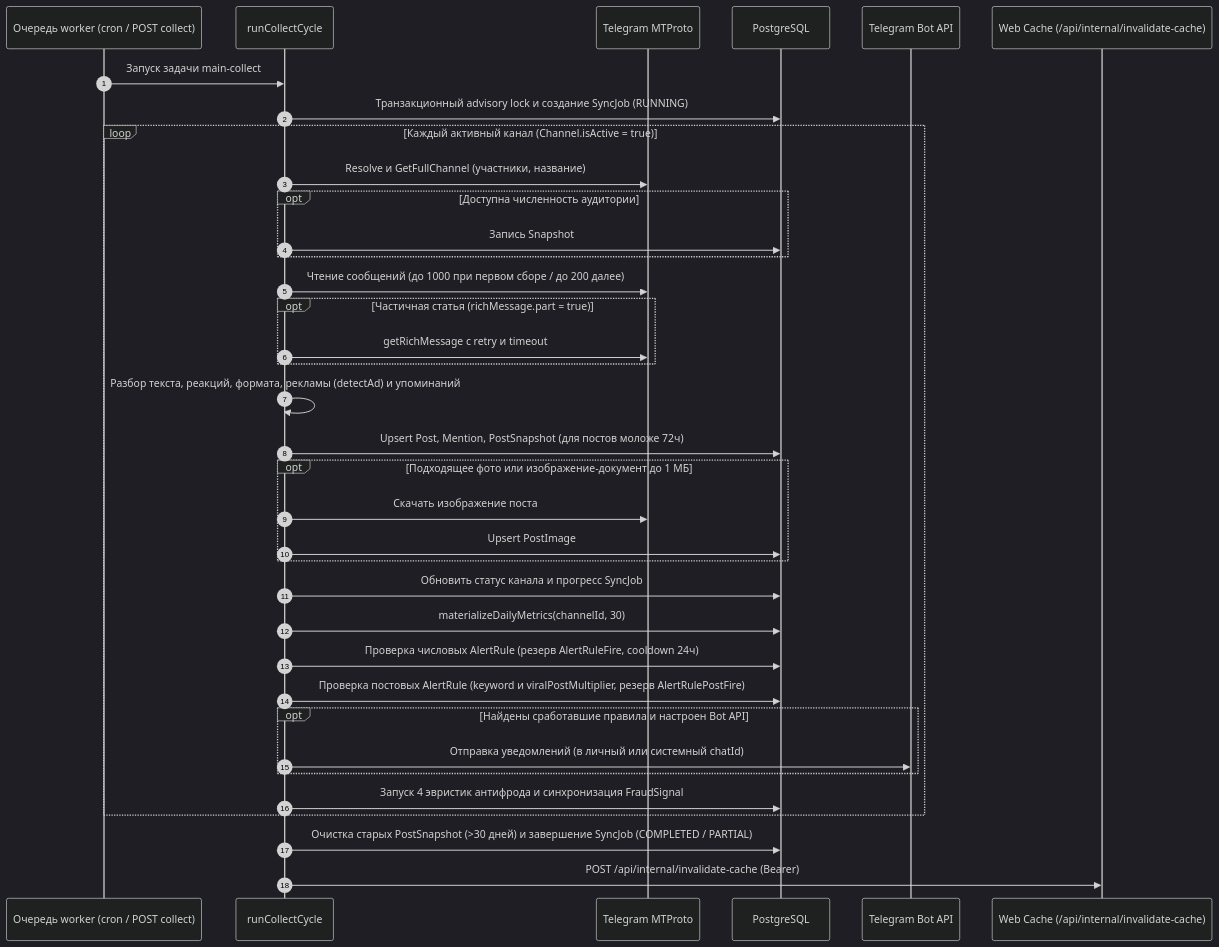
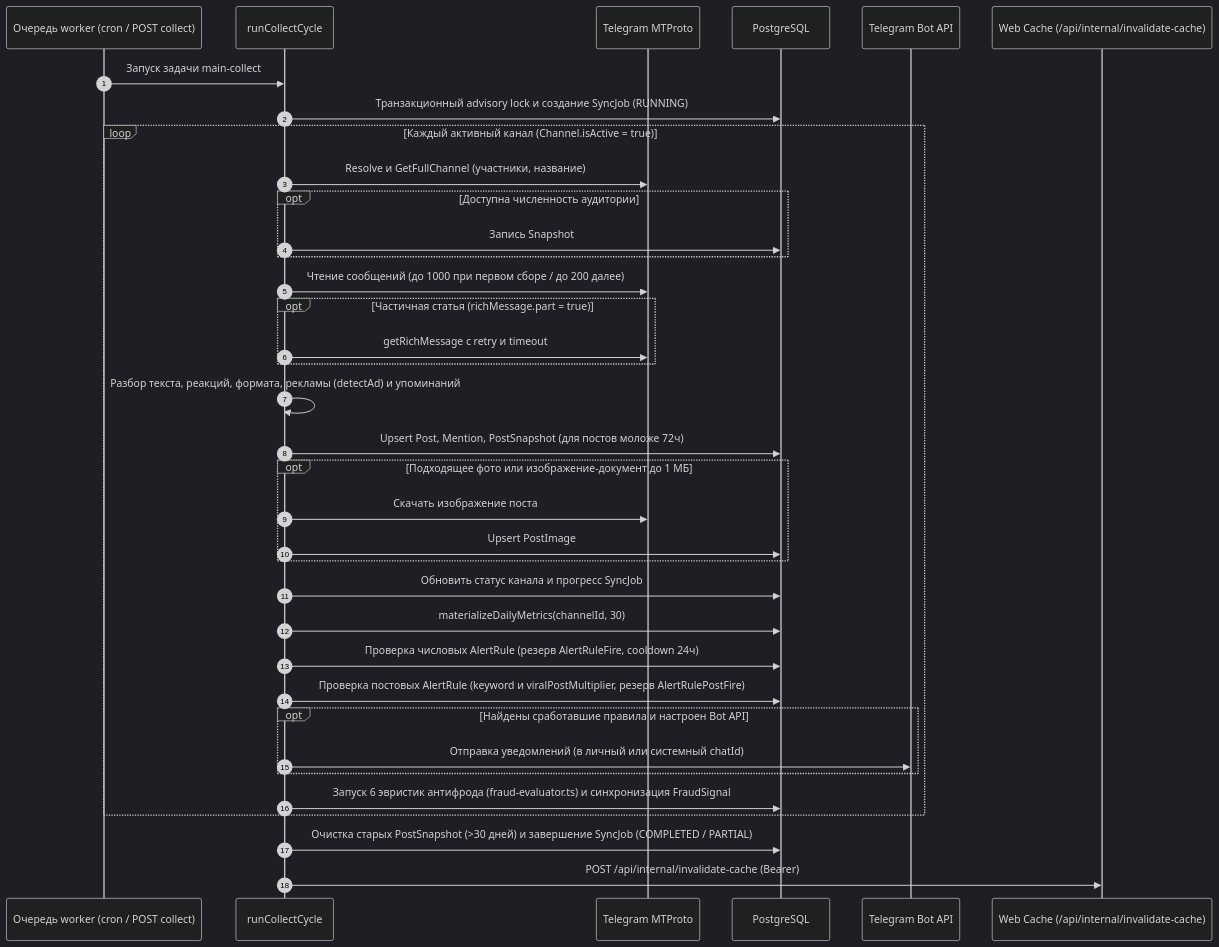
Before and after one commit to liquidsyntes/tg_mons: the fifth of 8 diagrams in docs/architecture.md, drawn with Mermaid (dark theme). The commit also changed other lines of this file and 9 other files, not shown here.

````diff
--- a/docs/architecture.md
+++ b/docs/architecture.md
@@ -268,39 +283,39 @@
 ```mermaid
 sequenceDiagram
     autonumber
     participant S as Очередь worker (cron / POST collect)
     participant C as runCollectCycle
     participant T as Telegram MTProto
     participant D as PostgreSQL
     participant B as Telegram Bot API
     participant W as Web Cache (/api/internal/invalidate-cache)
 
     S->>C: Запуск задачи main-collect
     C->>D: Транзакционный advisory lock и создание SyncJob (RUNNING)
     loop Каждый активный канал (Channel.isActive = true)
         C->>T: Resolve и GetFullChannel (участники, название)
         opt Доступна численность аудитории
             C->>D: Запись Snapshot
         end
         C->>T: Чтение сообщений (до 1000 при первом сборе / до 200 далее)
         opt Частичная статья (richMessage.part = true)
             C->>T: getRichMessage с retry и timeout
         end
         C->>C: Разбор текста, реакций, формата, рекламы (detectAd) и упоминаний
         C->>D: Upsert Post, Mention, PostSnapshot (для постов моложе 72ч)
         opt Подходящее фото или изображение-документ до 1 МБ
             C->>T: Скачать изображение поста
             C->>D: Upsert PostImage
         end
         C->>D: Обновить статус канала и прогресс SyncJob
         C->>D: materializeDailyMetrics(channelId, 30)
         C->>D: Проверка числовых AlertRule (резерв AlertRuleFire, cooldown 24ч)
         C->>D: Проверка постовых AlertRule (keyword и viralPostMultiplier, резерв AlertRulePostFire)
         opt Найдены сработавшие правила и настроен Bot API
             C->>B: Отправка уведомлений (в личный или системный chatId)
         end
-        C->>D: Запуск 4 эвристик антифрода и синхронизация FraudSignal
+        C->>D: Запуск 6 эвристик антифрода (fraud-evaluator.ts) и синхронизация FraudSignal
     end
     C->>D: Очистка старых PostSnapshot (>30 дней) и завершение SyncJob (COMPLETED / PARTIAL)
     C->>W: POST /api/internal/invalidate-cache (Bearer)
 ```
````
